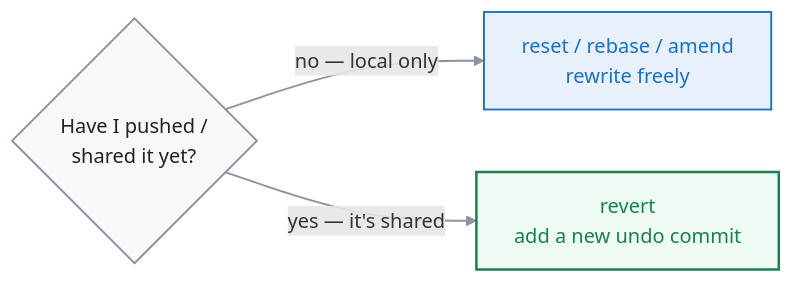
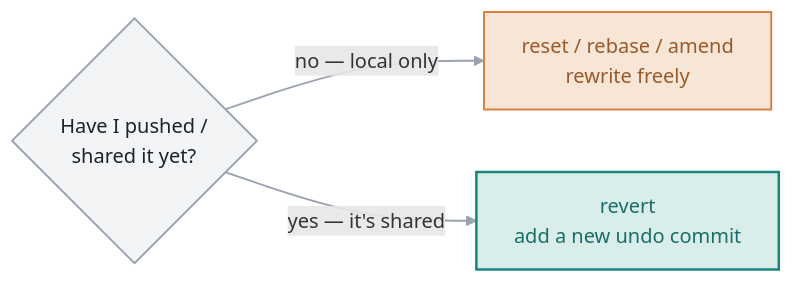
Before and after one commit to rehmanhaseeb2345-bit/Git: the diagram in 10-rewriting-history/README.md, drawn with Mermaid. The commit also changed other lines of this file and 32 other files, not shown here.

First line of the commit message:
Restyle the whole repo: lighter personal notes + redrawn diagrams

````diff
--- a/10-rewriting-history/README.md
+++ b/10-rewriting-history/README.md
@@ -83,10 +61,10 @@
 ```mermaid
 flowchart LR
   Q{"Have I pushed /<br/>shared it yet?"}
   Q -->|"no — local only"| R["reset / rebase / amend<br/>rewrite freely"]
   Q -->|"yes — it's shared"| V["revert<br/>add a new undo commit"]
-  style Q fill:#f6f8fa,stroke:#8a93a0,stroke-width:1.5px,color:#1f2328
-  style R fill:#e7f0fb,stroke:#1971c2,stroke-width:1.5px,color:#1971c2
-  style V fill:#edfbf3,stroke:#1a7f52,stroke-width:2px,color:#1a7f52
-  linkStyle default stroke:#8a93a0,stroke-width:1.5px
+  style Q fill:#F3F4F6,stroke:#9AA3AF,stroke-width:1.5px,color:#1f2328
+  style R fill:#F7E6D6,stroke:#DD7A38,stroke-width:1.5px,color:#9A5A2B
+  style V fill:#D9EEEB,stroke:#19857C,stroke-width:2px,color:#196E67
+  linkStyle default stroke:#9AA3AF,stroke-width:1.5px
 ```
````
